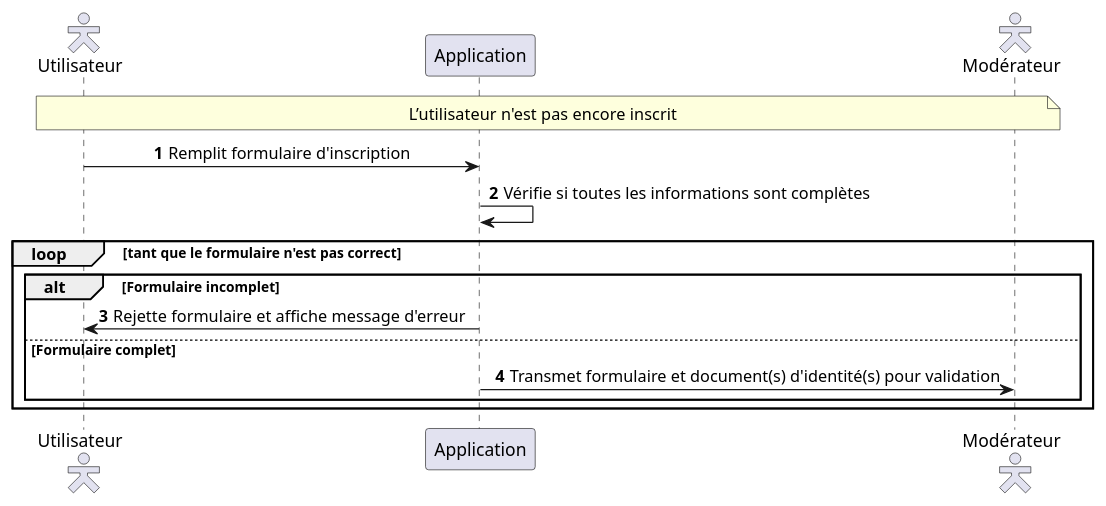
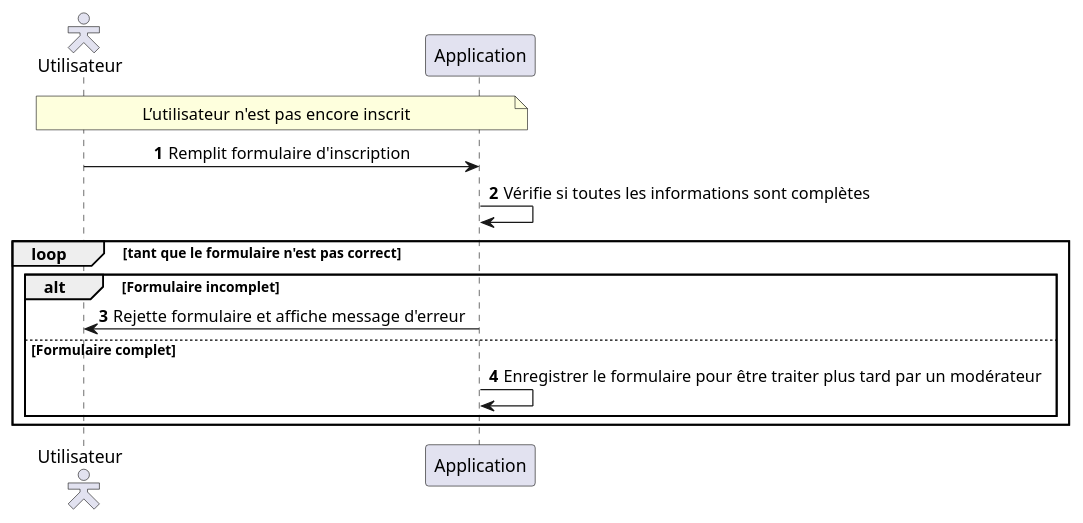
Before and after one commit to MinaroliCorentin/PSO: the diagram in src/Description_des_scenarios_Authentifier_s_inscirire.puml, drawn with PlantUML. The commit also changed 5 other files, not shown here.

```diff
--- a/src/Description_des_scenarios_Authentifier_s_inscirire.puml
+++ b/src/Description_des_scenarios_Authentifier_s_inscirire.puml
@@ -1,23 +1,22 @@
 @startuml
 autonumber
 skinparam sequenceMessageAlign center
 skinparam actorStyle hollow
 
 actor "Utilisateur" as user
 participant "Application" as app
-actor "Modérateur" as mod
 
-note over user, mod
+note over user, app
 L’utilisateur n'est pas encore inscrit
 end note
 
 user -> app : Remplit formulaire d'inscription
 app -> app : Vérifie si toutes les informations sont complètes
 loop tant que le formulaire n'est pas correct
-alt Formulaire incomplet
-    app -> user : Rejette formulaire et affiche message d'erreur
-else Formulaire complet
-    app -> mod : Transmet formulaire et document(s) d'identité(s) pour validation
-end
+    alt Formulaire incomplet
+        app -> user : Rejette formulaire et affiche message d'erreur
+    else Formulaire complet
+        app -> app : Enregistrer le formulaire pour être traiter plus tard par un modérateur
+    end
 end
 @enduml
```
